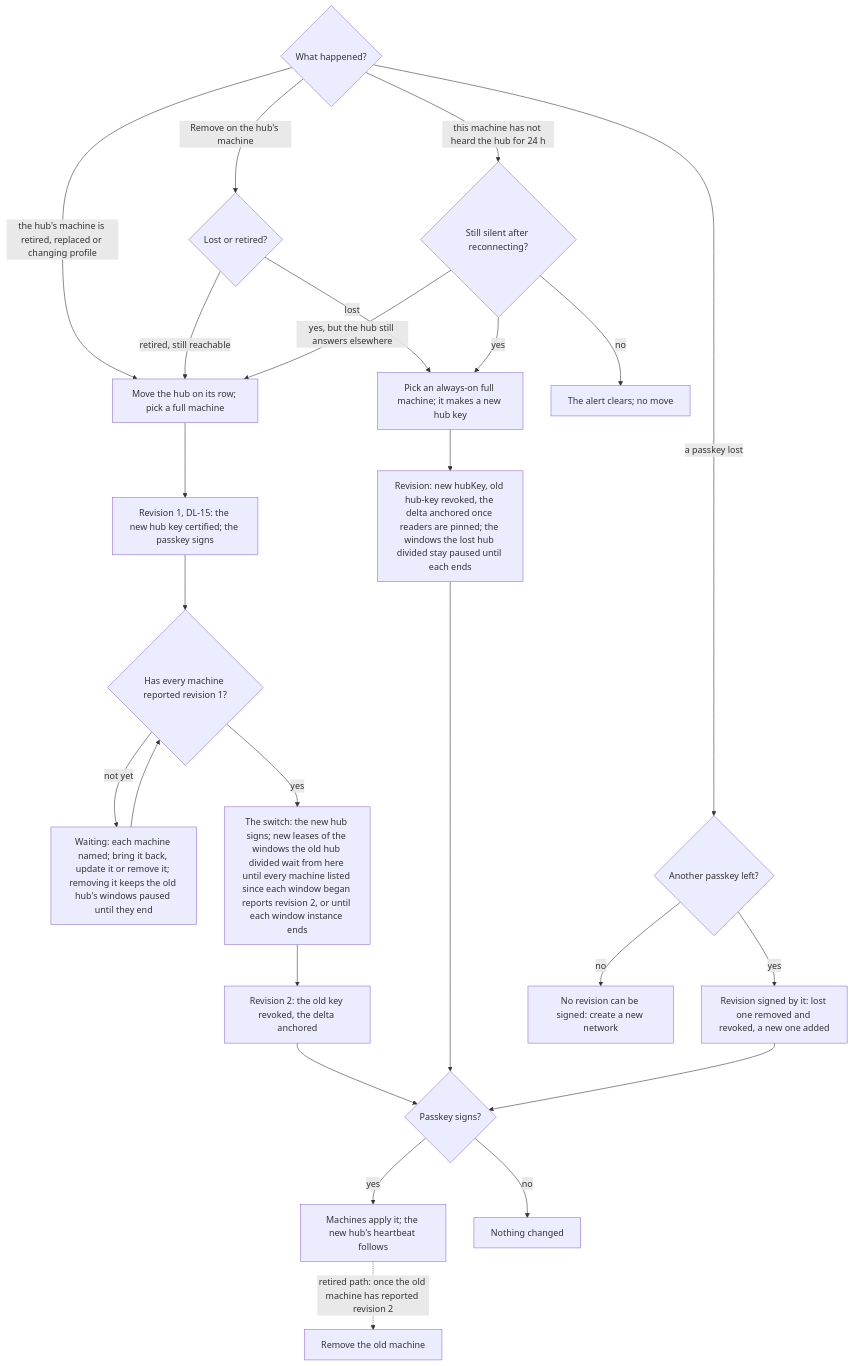
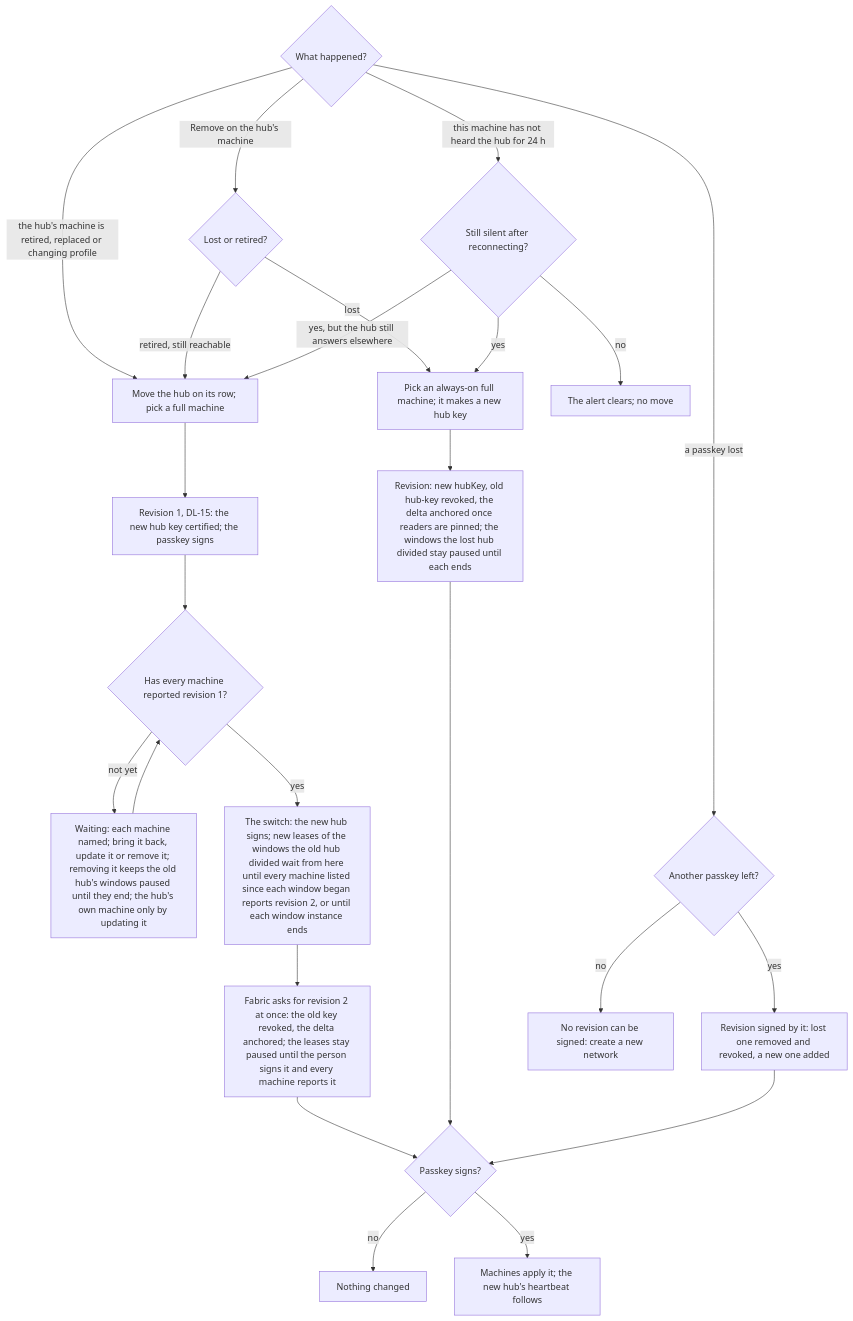
Before and after one commit to passioncode-ai/fabric-agent-contract: diagram 27 of 34 in docs/ux/flows.md, drawn with Mermaid. The commit also changed 9 other files, not shown here.

First line of the commit message:
CT-172: the hub's own machine's way out, the retired path kept a planned move, Consequences complete

````diff
--- a/docs/ux/flows.md
+++ b/docs/ux/flows.md
@@ -662,27 +662,26 @@
 ```mermaid
 flowchart TD
   A{What happened?} -->|the hub's machine is retired, replaced or changing profile| L[Move the hub on its row; pick a full machine]
   A -->|Remove on the hub's machine| K{Lost or retired?}
   K -->|retired, still reachable| L
-  D -.->|retired path: once the old machine has reported revision 2| RM[Remove the old machine]
   K -->|lost| M
   L --> T1[Revision 1, DL-15: the new hub key certified; the passkey signs]
   T1 --> W{Has every machine reported revision 1?}
-  W -->|not yet| V[Waiting: each machine named; bring it back, update it or remove it; removing it keeps the old hub's windows paused until they end]
+  W -->|not yet| V[Waiting: each machine named; bring it back, update it or remove it; removing it keeps the old hub's windows paused until they end; the hub's own machine only by updating it]
   V --> W
   W -->|yes| T[The switch: the new hub signs; new leases of the windows the old hub divided wait from here until every machine listed since each window began reports revision 2, or until each window instance ends]
-  T --> T2[Revision 2: the old key revoked, the delta anchored]
+  T --> T2[Fabric asks for revision 2 at once: the old key revoked, the delta anchored; the leases stay paused until the person signs it and every machine reports it]
   T2 --> S
   A -->|this machine has not heard the hub for 24 h| C{Still silent after reconnecting?}
   C -->|no| Z[The alert clears; no move]
   C -->|yes, but the hub still answers elsewhere| L
   C -->|yes| M[Pick an always-on full machine; it makes a new hub key]
   M --> R[Revision: new hubKey, old hub-key revoked, the delta anchored once readers are pinned; the windows the lost hub divided stay paused until each ends]
   A -->|a passkey lost| P{Another passkey left?}
   P -->|yes| Q[Revision signed by it: lost one removed and revoked, a new one added]
   P -->|no| N[No revision can be signed: create a new network]
   R --> S{Passkey signs?}
   Q --> S
   S -->|no| X[Nothing changed]
   S -->|yes| D[Machines apply it; the new hub's heartbeat follows]
 ```
````
